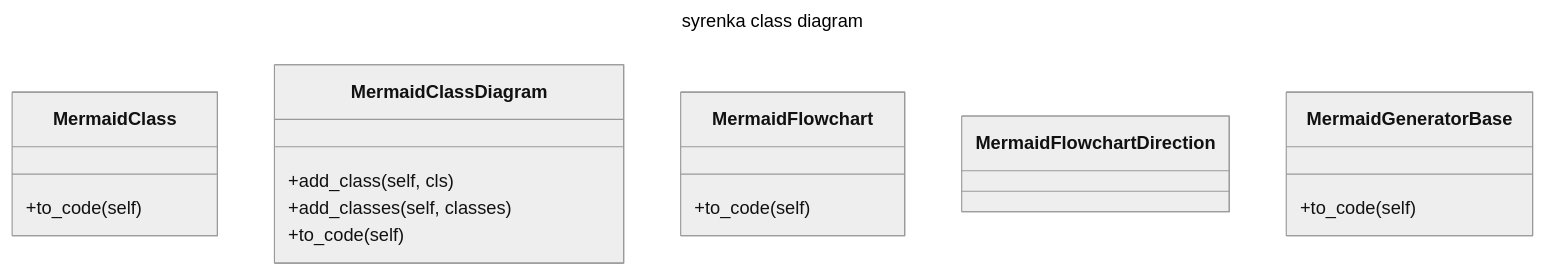
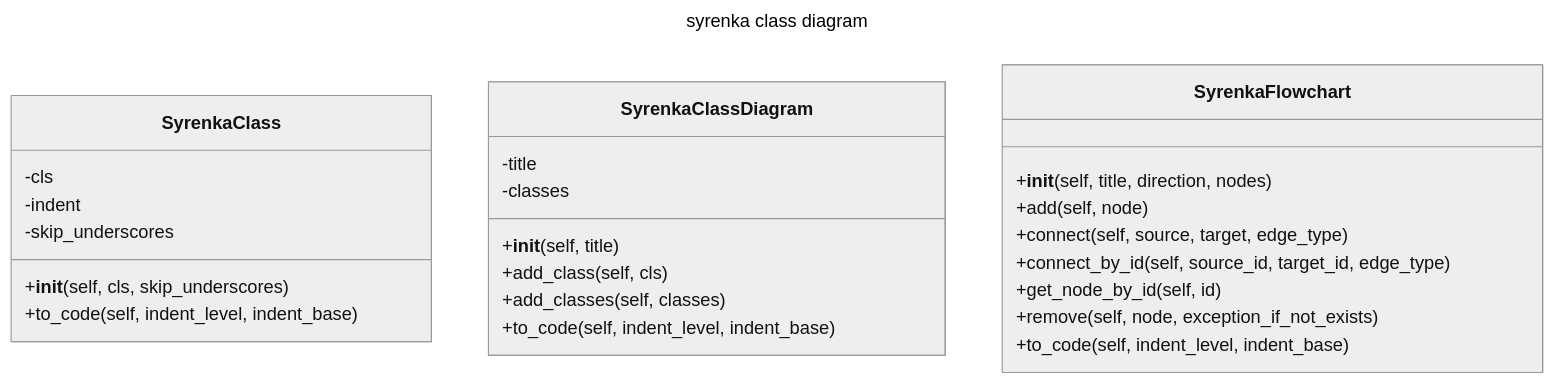
Before and after one commit to bartlomiejcieszkowski/syrenka: the diagram in README.md, drawn with Mermaid (neutral theme). The commit also changed other lines of this file and 4 other files, not shown here.

````diff
--- a/README.md
+++ b/README.md
@@ -16,22 +16,31 @@
 ```mermaid
 ---
 title: syrenka class diagram
 ---
 classDiagram
-    class MermaidClass{
-        +to_code(self)
+    class SyrenkaClass{
+        -cls
+        -indent
+        -skip_underscores
+        +__init__(self, cls, skip_underscores)
+        +to_code(self, indent_level, indent_base)
     }
-    class MermaidClassDiagram{
+    class SyrenkaClassDiagram{
+        -title
+        -classes
+        +__init__(self, title)
         +add_class(self, cls)
         +add_classes(self, classes)
-        +to_code(self)
+        +to_code(self, indent_level, indent_base)
     }
-    class MermaidFlowchart{
-        +to_code(self)
+    class SyrenkaFlowchart{
+        +__init__(self, title, direction, nodes)
+        +add(self, node)
+        +connect(self, source, target, edge_type)
+        +connect_by_id(self, source_id, target_id, edge_type)
+        +get_node_by_id(self, id)
+        +remove(self, node, exception_if_not_exists)
+        +to_code(self, indent_level, indent_base)
     }
-    class MermaidFlowchartDirection{
-    }
-    class MermaidGeneratorBase{
-        +to_code(self)
-    }
+
 ```
````
